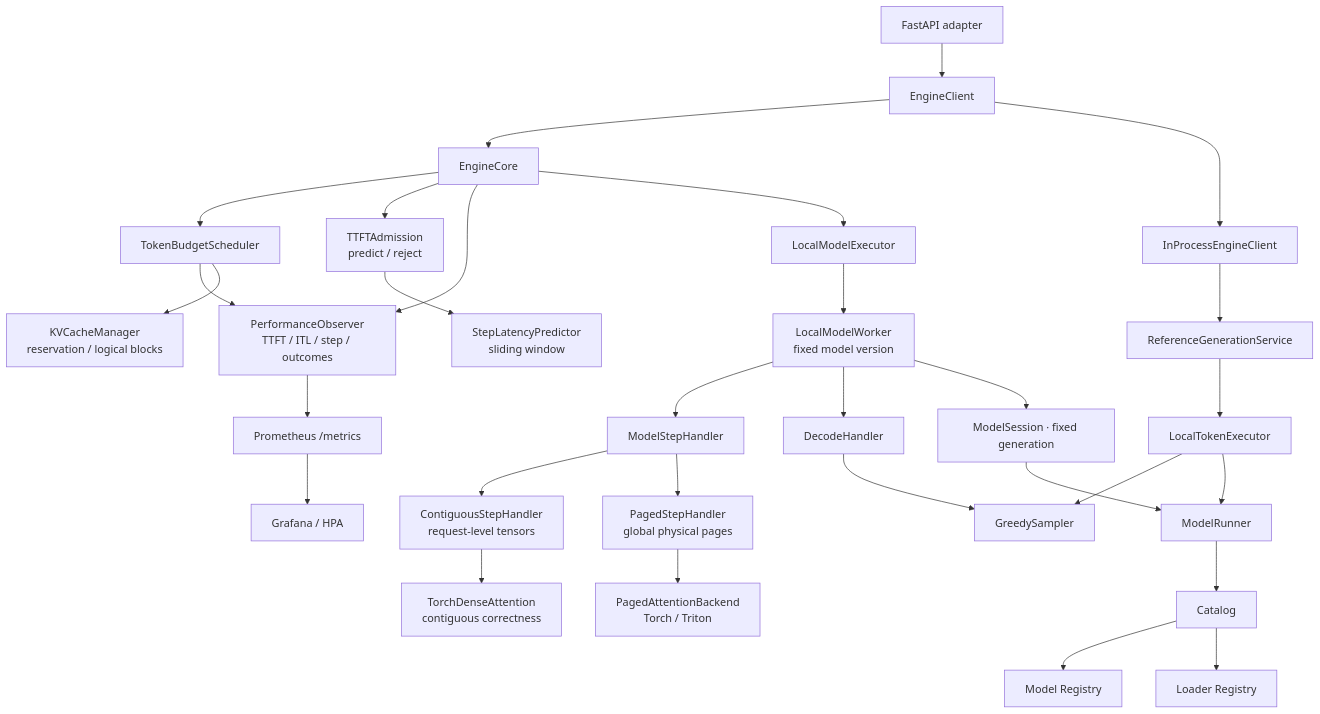
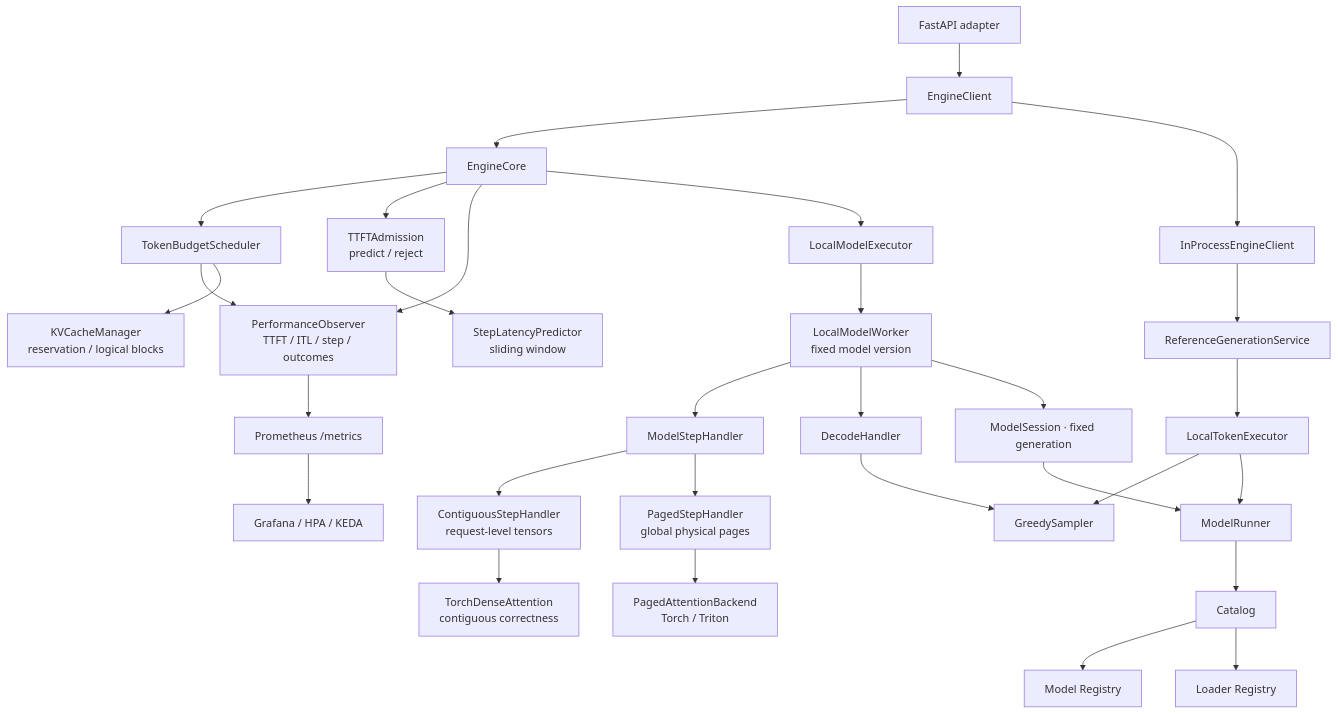
Before and after one commit to poorpaper/light-vllm: the first of 3 diagrams in docs/design.md, drawn with Mermaid. The commit also changed other lines of this file and 10 other files, not shown here.

````diff
--- a/docs/design.md
+++ b/docs/design.md
@@ -61,35 +61,35 @@
 ```mermaid
 flowchart TB
     HTTP["FastAPI adapter"] --> Client["EngineClient"]
 
     Client --> Core["EngineCore"]
     Client --> Bridge["InProcessEngineClient"]
     Bridge --> Reference["ReferenceGenerationService"]
 
     Core --> Scheduler["TokenBudgetScheduler"]
     Core --> TTFT["TTFTAdmission<br/>predict / reject"]
     TTFT --> Predictor["StepLatencyPredictor<br/>sliding window"]
     Core --> Observer["PerformanceObserver<br/>TTFT / ITL / step / outcomes"]
     Scheduler --> Observer
     Observer --> Metrics["Prometheus /metrics"]
-    Metrics --> Grafana["Grafana / HPA"]
+    Metrics --> Grafana["Grafana / HPA / KEDA"]
     Scheduler --> LogicalKV["KVCacheManager<br/>reservation / logical blocks"]
     Core --> Executor["LocalModelExecutor"]
     Executor --> Worker["LocalModelWorker<br/>fixed model version"]
     Worker --> Step["ModelStepHandler"]
     Worker --> Decode["DecodeHandler"]
     Step --> Contiguous["ContiguousStepHandler<br/>request-level tensors"]
     Step --> Paged["PagedStepHandler<br/>global physical pages"]
     Contiguous --> Dense["TorchDenseAttention<br/>contiguous correctness"]
     Paged --> Attention["PagedAttentionBackend<br/>Torch / Triton"]
     Decode --> Sampler["GreedySampler"]
     Reference --> TokenExecutor["LocalTokenExecutor"]
     TokenExecutor --> Sampler
 
     Worker --> Session["ModelSession · fixed generation"]
     Session --> Runner["ModelRunner"]
     TokenExecutor --> Runner
     Runner --> Catalog["Catalog"]
     Catalog --> Models["Model Registry"]
     Catalog --> Loaders["Loader Registry"]
 ```
````
